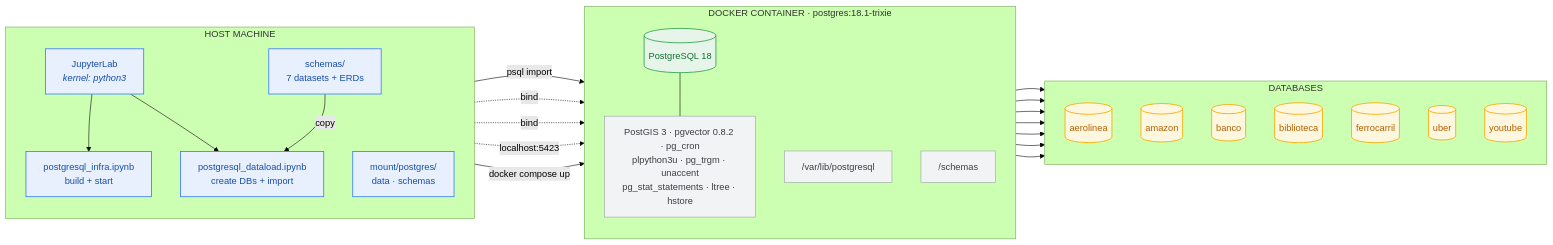
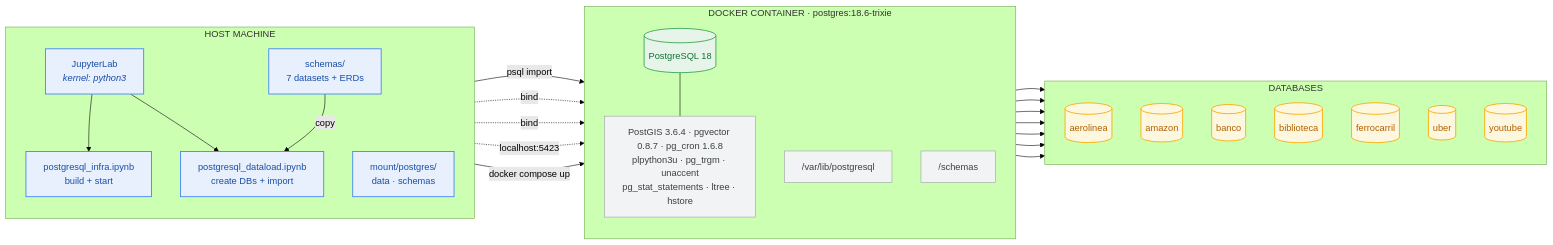
The first of 2 diagrams in README.md (relational-dbs/labs-setup), drawn with Mermaid (forest theme) before and after one commit. The commit also changed other lines of this file and 2 other files, not shown here.

````diff
--- a/README.md
+++ b/README.md
@@ -51,46 +51,46 @@
 ```mermaid
 flowchart LR
     classDef host  fill:#e8f0fe,stroke:#4285f4,stroke-width:1.5px,color:#174ea6
     classDef ctr   fill:#e6f4ea,stroke:#34a853,stroke-width:1.5px,color:#137333
     classDef db    fill:#fef7e0,stroke:#f9ab00,stroke-width:1.5px,color:#b06000
     classDef aux   fill:#f1f3f4,stroke:#9aa0a6,stroke-width:1px,color:#3c4043
 
     subgraph HOST["HOST MACHINE"]
         direction TB
         JL["JupyterLab<br/><i>kernel: python3</i>"]:::host
         INF["postgresql_infra.ipynb<br/>build + start"]:::host
         DL["postgresql_dataload.ipynb<br/>create DBs + import"]:::host
         SRC["schemas/<br/>7 datasets + ERDs"]:::host
         VOL["mount/postgres/<br/>data · schemas"]:::host
     end
 
-    subgraph CT["DOCKER CONTAINER · postgres:18.1-trixie"]
+    subgraph CT["DOCKER CONTAINER · postgres:18.6-trixie"]
         direction TB
         PG[("PostgreSQL 18")]:::ctr
-        EXT["PostGIS 3 · pgvector 0.8.2 · pg_cron<br/>plpython3u · pg_trgm · unaccent<br/>pg_stat_statements · ltree · hstore"]:::aux
+        EXT["PostGIS 3.6.4 · pgvector 0.8.7 · pg_cron 1.6.8<br/>plpython3u · pg_trgm · unaccent<br/>pg_stat_statements · ltree · hstore"]:::aux
         V1["/var/lib/postgresql"]:::aux
         V2["/schemas"]:::aux
     end
 
     subgraph DBS["DATABASES"]
         direction TB
         A[(aerolinea)]:::db
         B[(amazon)]:::db
         C[(banco)]:::db
         D[(biblioteca)]:::db
         G[(ferrocarril)]:::db
         E[(uber)]:::db
         F[(youtube)]:::db
     end
 
     JL --> INF
     JL --> DL
     SRC -->|copy| DL
     INF -->|"docker compose up"| CT
     DL -->|"psql import"| PG
     VOL -.->|bind| V1
     VOL -.->|bind| V2
     PG --- EXT
     PG --> A & B & C & D & G & E & F
     JL -.->|"localhost:5423"| PG
 ```
````
